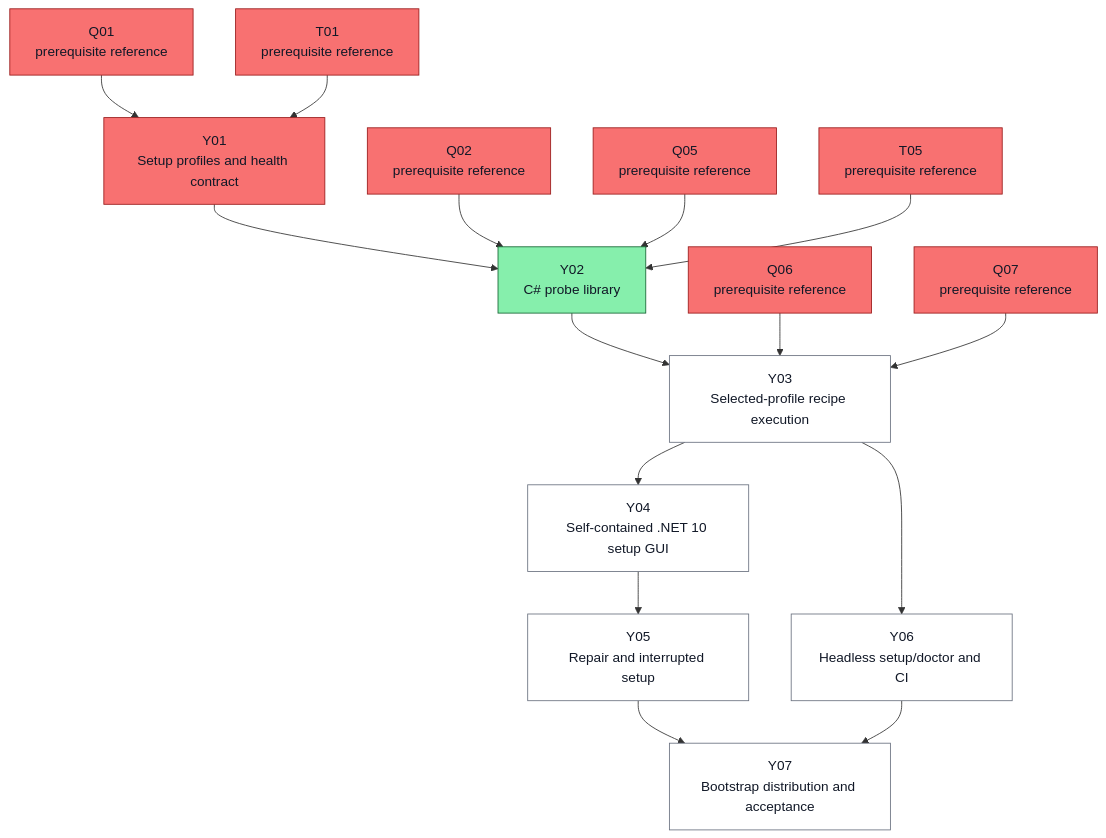
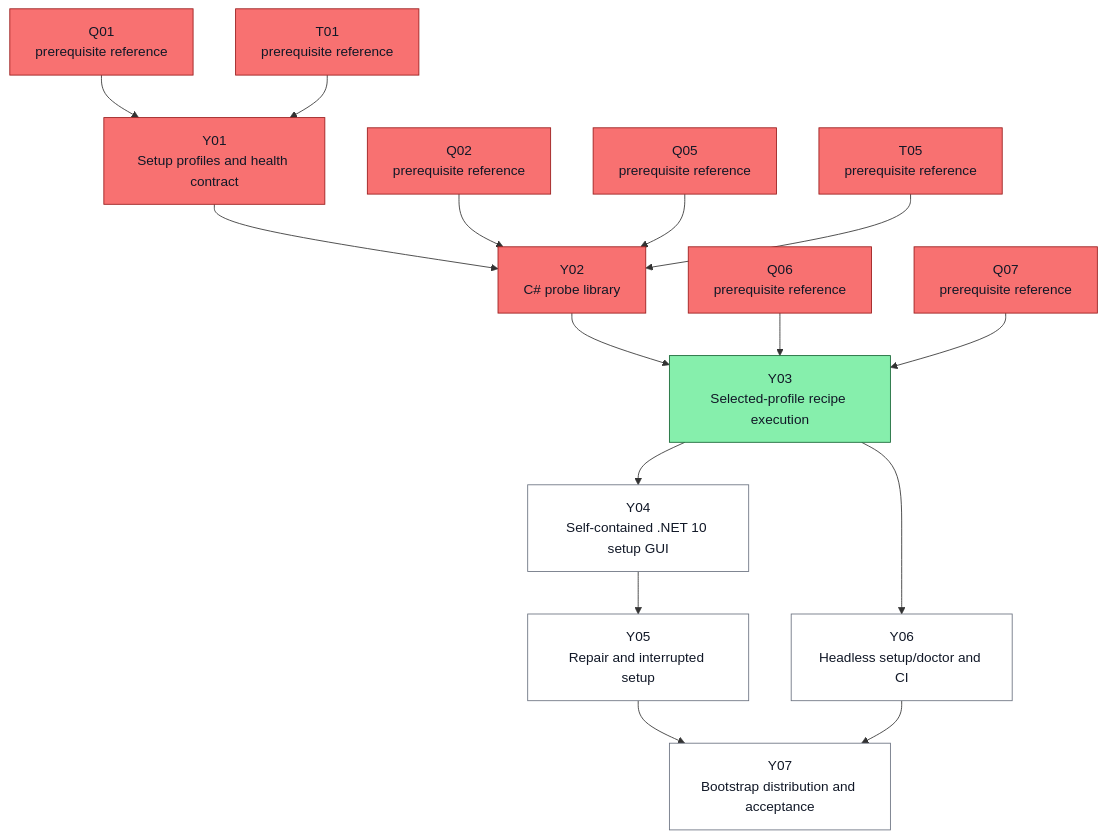
One commit to ocarizr/spaceraiders changed diagram 25 of 25 in docs/task-dependencies.md. Above: the diagram before and after it, drawn with Mermaid. The commit also changed other lines of this file and 9 other files, not shown here.

First line of the commit message:
feat(Y02): add environment probe library and profile health evaluation (#22)

````diff
--- a/docs/task-dependencies.md
+++ b/docs/task-dependencies.md
@@ -1298,34 +1299,34 @@
 ```mermaid
 flowchart TD
     ref_Y_Q01["Q01<br/>prerequisite reference"]:::done
     ref_Y_Q02["Q02<br/>prerequisite reference"]:::done
     ref_Y_Q05["Q05<br/>prerequisite reference"]:::done
     ref_Y_Q06["Q06<br/>prerequisite reference"]:::done
     ref_Y_Q07["Q07<br/>prerequisite reference"]:::done
     ref_Y_T01["T01<br/>prerequisite reference"]:::done
     ref_Y_T05["T05<br/>prerequisite reference"]:::done
     Y01["Y01<br/>Setup profiles and health contract"]:::done
-    Y02["Y02<br/>C# probe library"]:::ready
-    Y03["Y03<br/>Selected-profile recipe execution"]:::pending
+    Y02["Y02<br/>C# probe library"]:::done
+    Y03["Y03<br/>Selected-profile recipe execution"]:::ready
     Y04["Y04<br/>Self-contained .NET 10 setup GUI"]:::pending
     Y05["Y05<br/>Repair and interrupted setup"]:::pending
     Y06["Y06<br/>Headless setup/doctor and CI"]:::pending
     Y07["Y07<br/>Bootstrap distribution and acceptance"]:::pending
     ref_Y_Q01 --> Y01
     ref_Y_T01 --> Y01
     Y01 --> Y02
     ref_Y_Q02 --> Y02
     ref_Y_Q05 --> Y02
     ref_Y_T05 --> Y02
     Y02 --> Y03
     ref_Y_Q06 --> Y03
     ref_Y_Q07 --> Y03
     Y03 --> Y04
     Y04 --> Y05
     Y03 --> Y06
     Y05 --> Y07
     Y06 --> Y07
     classDef pending fill:#ffffff,stroke:#6b7280,color:#111827
     classDef ready fill:#86efac,stroke:#166534,color:#111827
     classDef done fill:#f87171,stroke:#991b1b,color:#111827
 ```
````
